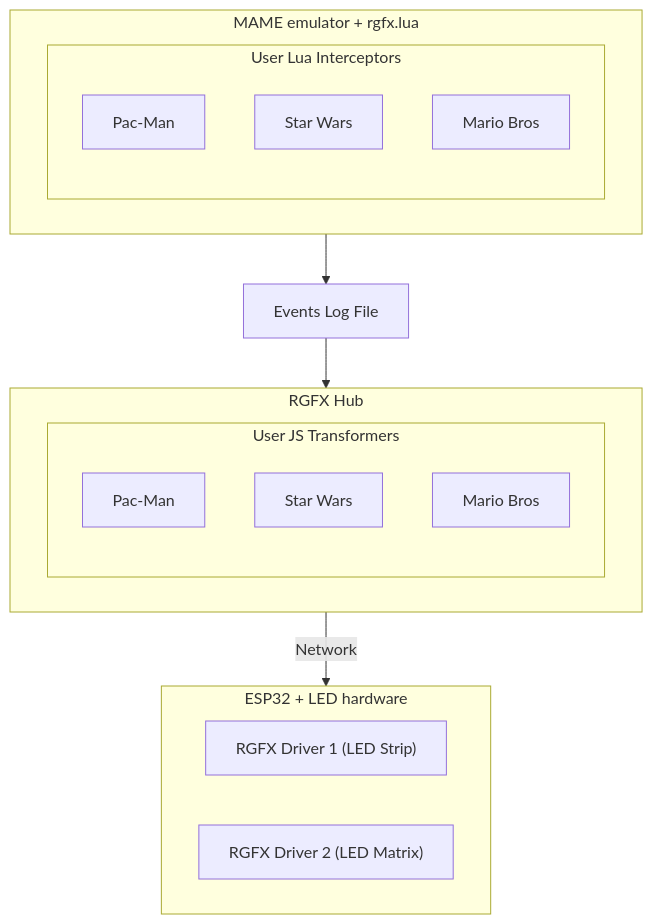
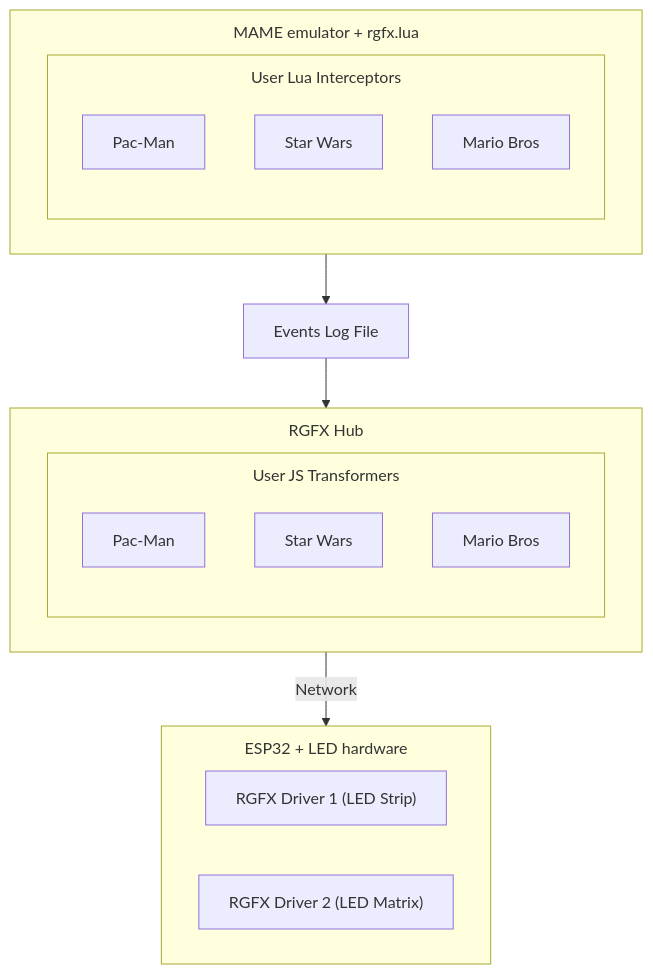
One commit to mfurniss/rgfx changed the diagram in public-docs/docs/architecture.md. Above: the diagram before and after it, drawn with Mermaid.

Commit message:
improve layout

````diff
--- a/public-docs/docs/architecture.md
+++ b/public-docs/docs/architecture.md
@@ -9,29 +9,35 @@
 ```mermaid
+---
+config:
+  flowchart:
+    subGraphTitleMargin:
+      top: 10
+---
 flowchart TB
     subgraph MAME["MAME emulator + rgfx.lua"]
         subgraph Interceptors[User Lua Interceptors]
             I1[Pac-Man]
             I2[Star Wars]
             I3[Mario Bros]
         end
     end
 
     MAME --> Log[Events Log File]
 
     subgraph Hub["RGFX Hub"]
         subgraph Transformers[User JS Transformers]
             T1[Pac-Man]
             T2[Star Wars]
             T3[Mario Bros]
         end
     end
 
     Log --> Hub
 
     subgraph Drivers["ESP32 + LED hardware"]
       D1["RGFX Driver 1 (LED Strip)"]
       D2["RGFX Driver 2 (LED Matrix)"]
     end
 
     Hub -->|Network| Drivers
 ```
````
